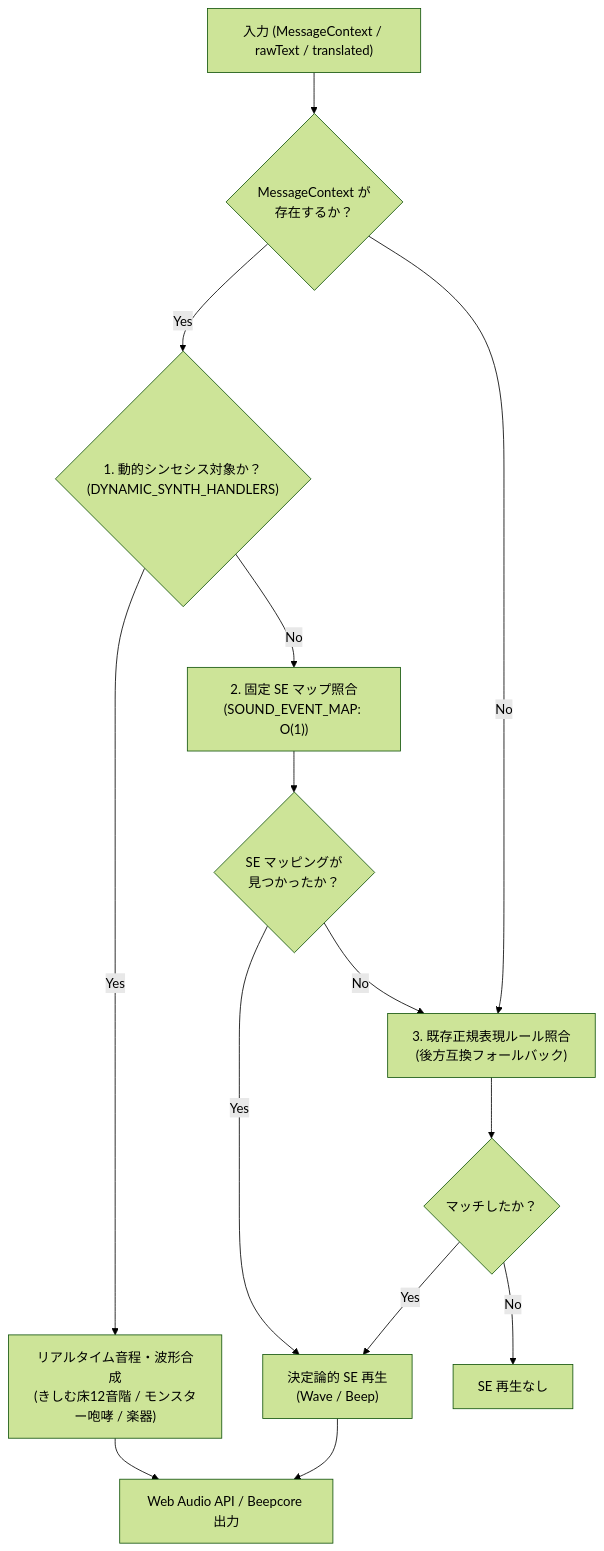
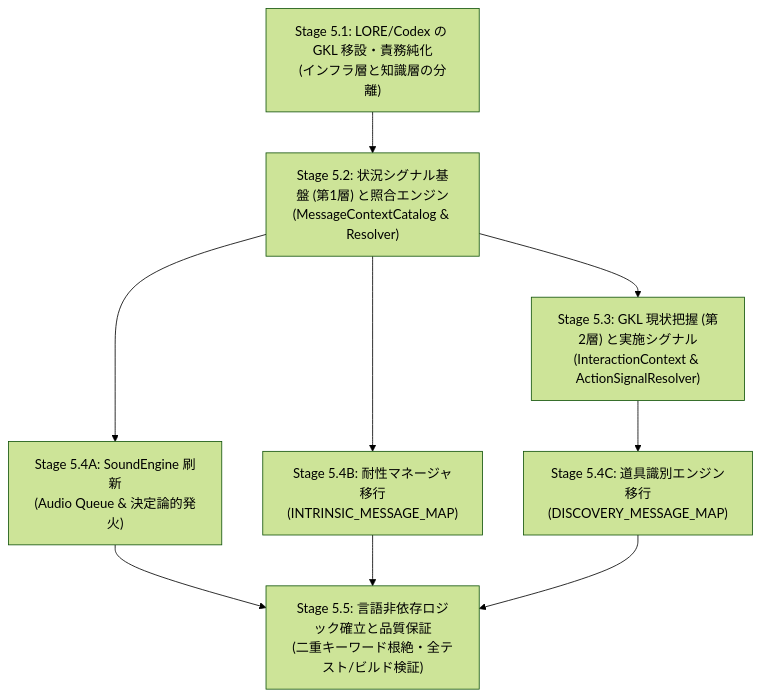
Before and after one commit to e3sh/Nethack-wasm-webUI: the second of 2 diagrams in docs/7_futures/phase5_detailed_migration_plan.ja.md, drawn with Mermaid (forest theme). The commit also changed other lines of this file and 7 other files, not shown here.

````diff
--- a/docs/7_futures/phase5_detailed_migration_plan.ja.md
+++ b/docs/7_futures/phase5_detailed_migration_plan.ja.md
@@ -295,20 +113,19 @@
 ```mermaid
 flowchart TD
-    In["入力 (MessageContext / rawText / translated)"] --> CheckContext{"MessageContext が<br/>存在するか？"}
-    
-    CheckContext -- Yes --> CheckSynth{"1. 動的シンセシス対象か？<br/>(DYNAMIC_SYNTH_HANDLERS)"}
-    CheckSynth -- Yes --> ExecSynth["リアルタイム音程・波形合成<br/>(きしむ床12音階 / モンスター咆哮 / 楽器)"]
-    ExecSynth --> WebAudio["Web Audio API / Beepcore 出力"]
-    
-    CheckSynth -- No --> FastLookup["2. 固定 SE マップ照合<br/>(SOUND_EVENT_MAP: O(1))"]
-    FastLookup --> Matched{"SE マッピングが<br/>見つかったか？"}
-    Matched -- Yes --> TriggerSE["決定論的 SE 再生<br/>(Wave / Beep)"]
-    TriggerSE --> WebAudio
-    
-    Matched -- No --> FallbackRegex
-    CheckContext -- No --> FallbackRegex["3. 既存正規表現ルール照合<br/>(後方互換フォールバック)"]
-    
-    FallbackRegex --> RegexMatched{"マッチしたか？"}
-    RegexMatched -- Yes --> TriggerSE
-    RegexMatched -- No --> End["SE 再生なし"]
+    S1["Stage 5.1: LORE/Codex の GKL 移設・責務純化<br/>(インフラ層と知識層の分離)"]
+    S2["Stage 5.2: 状況シグナル基盤 (第1層) と照合エンジン<br/>(MessageContextCatalog &amp; Resolver)"]
+    S3["Stage 5.3: GKL 現状把握 (第2層) と実施シグナル<br/>(InteractionContext &amp; ActionSignalResolver)"]
+    S4A["Stage 5.4A: SoundEngine 刷新<br/>(Audio Queue &amp; 決定論的発火)"]
+    S4B["Stage 5.4B: 耐性マネージャ移行<br/>(INTRINSIC_MESSAGE_MAP)"]
+    S4C["Stage 5.4C: 道具識別エンジン移行<br/>(DISCOVERY_MESSAGE_MAP)"]
+    S5["Stage 5.5: 言語非依存ロジック確立と品質保証<br/>(二重キーワード根絶・全テスト/ビルド検証)"]
+
+    S1 --> S2
+    S2 --> S3
+    S2 --> S4A
+    S2 --> S4B
+    S3 --> S4C
+    S4A --> S5
+    S4B --> S5
+    S4C --> S5
 ```
````
